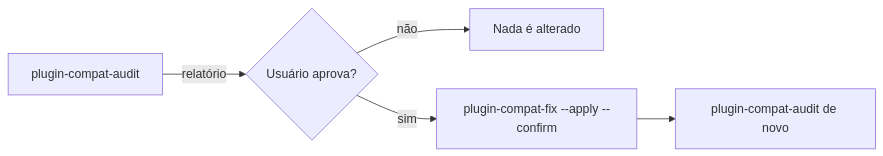
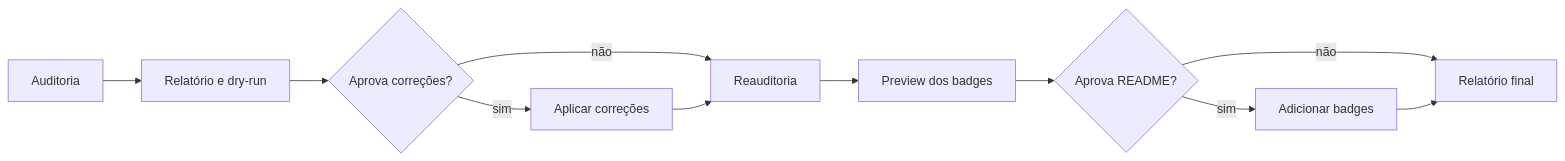
The diagram in README.md (andrefontourainvillia/cross-compatible-plugin), drawn with Mermaid before and after one commit. The commit also changed other lines of this file and 10 other files, not shown here.

````diff
--- a/README.md
+++ b/README.md
@@ -17,7 +28,13 @@
 ```mermaid
 flowchart LR
-  A[plugin-compat-audit] -->|relatório| B{Usuário aprova?}
-  B -- não --> Z[Nada é alterado]
-  B -- sim --> C[plugin-compat-fix --apply --confirm]
-  C --> D[plugin-compat-audit de novo]
+  A[Auditoria] --> B[Relatório e dry-run]
+  B --> C{Aprova correções?}
+  C -- não --> D[Reauditoria]
+  C -- sim --> E[Aplicar correções]
+  E --> D
+  D --> F[Preview dos badges]
+  F --> G{Aprova README?}
+  G -- não --> H[Relatório final]
+  G -- sim --> I[Adicionar badges]
+  I --> H
 ```
````
